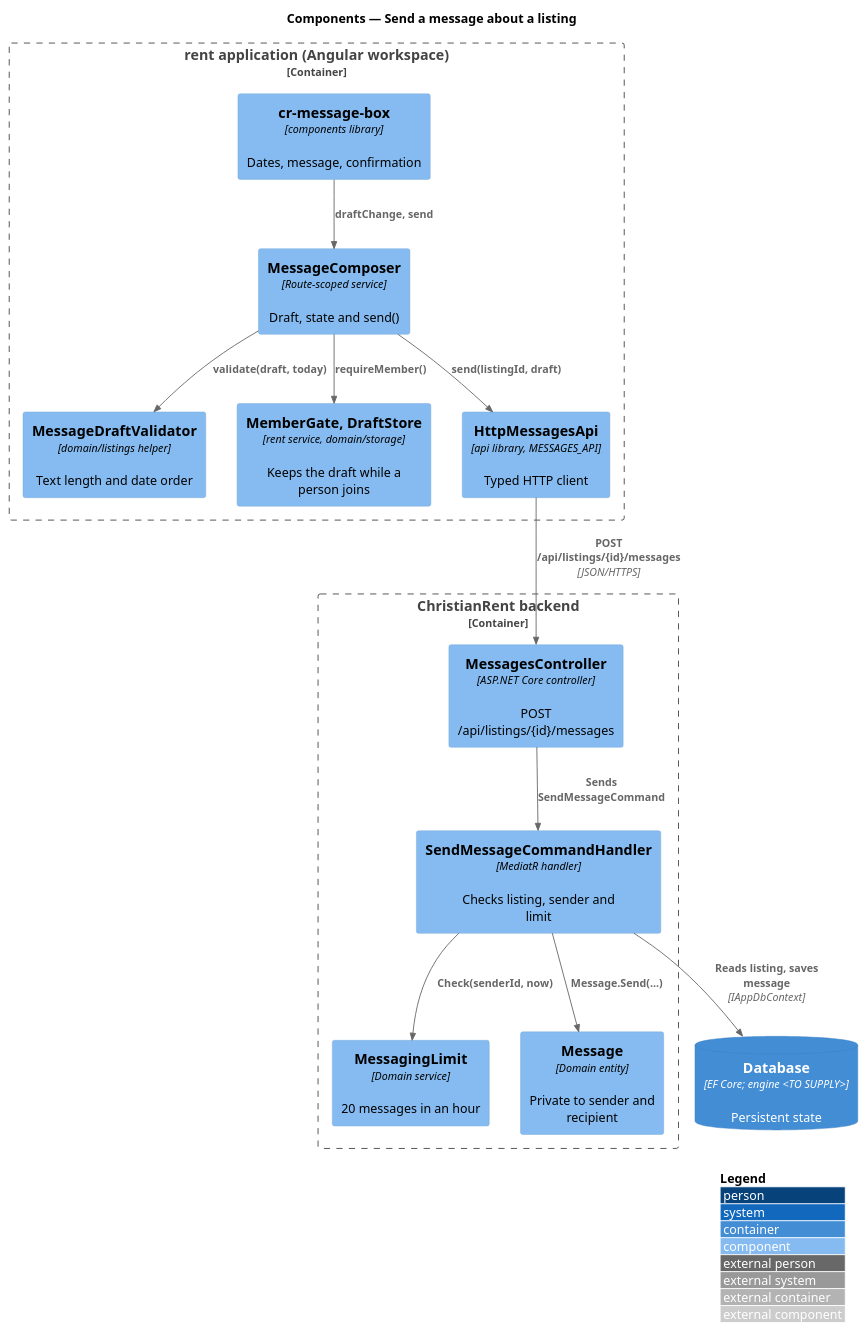
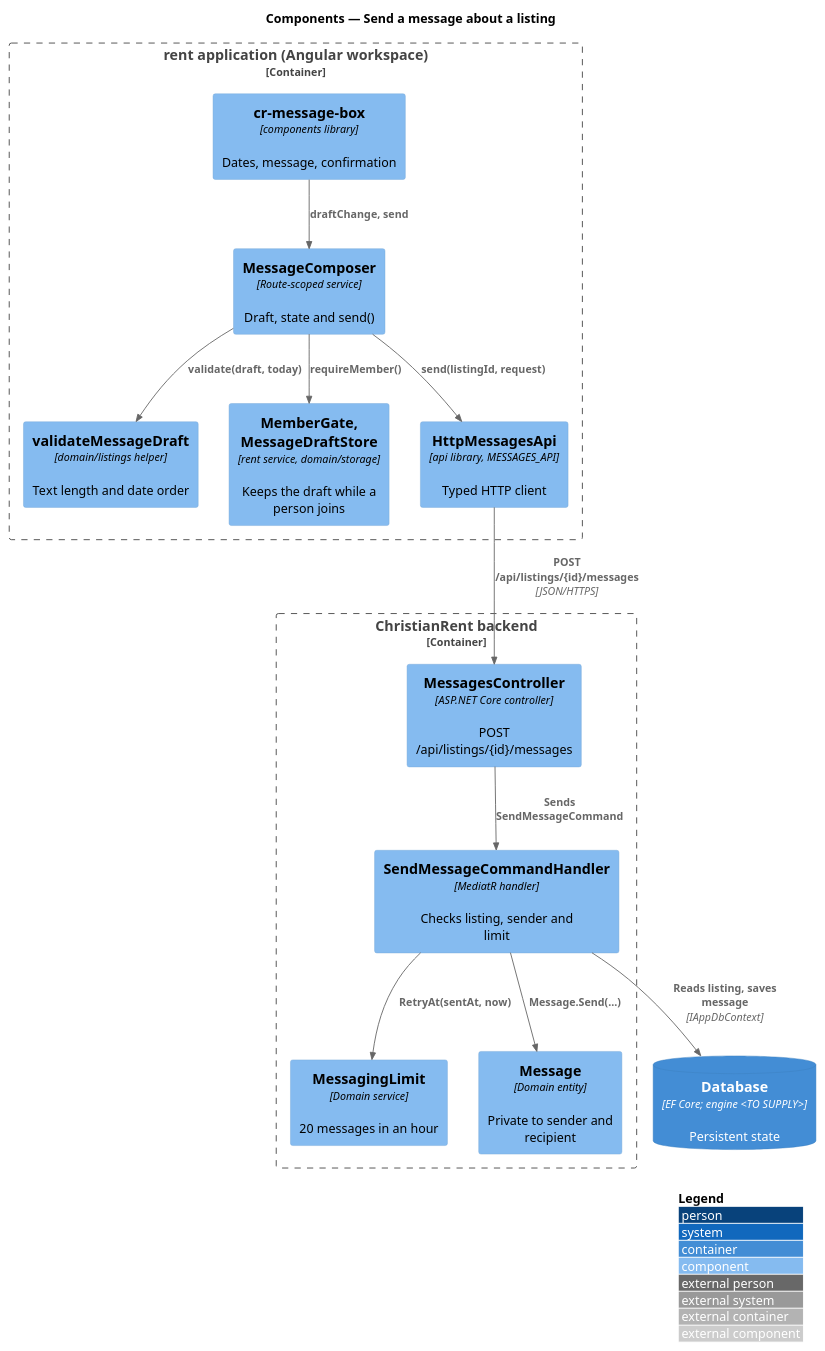
Before and after one commit to QuinntyneBrown/christian-rent: the diagram in docs/detailed-designs/messages/send-message/diagrams/c4-component.puml, drawn with PlantUML. The commit also changed 22 other files, not shown here.

First line of the commit message:
Decide sending a message's open points: ADR 0022, the requirements, the no-price mock and the send-message design

```diff
--- a/docs/detailed-designs/messages/send-message/diagrams/c4-component.puml
+++ b/docs/detailed-designs/messages/send-message/diagrams/c4-component.puml
@@ -1,29 +1,29 @@
 @startuml
 !include <C4/C4_Component>
 LAYOUT_WITH_LEGEND()
 title Components — Send a message about a listing
 
 Container_Boundary(spa, "rent application (Angular workspace)") {
   Component(box, "cr-message-box", "components library", "Dates, message, confirmation")
   Component(composer, "MessageComposer", "Route-scoped service", "Draft, state and send()")
-  Component(val, "MessageDraftValidator", "domain/listings helper", "Text length and date order")
-  Component(gate, "MemberGate, DraftStore", "rent service, domain/storage", "Keeps the draft while a person joins")
+  Component(val, "validateMessageDraft", "domain/listings helper", "Text length and date order")
+  Component(gate, "MemberGate, MessageDraftStore", "rent service, domain/storage", "Keeps the draft while a person joins")
   Component(client, "HttpMessagesApi", "api library, MESSAGES_API", "Typed HTTP client")
 }
 Container_Boundary(api, "ChristianRent backend") {
   Component(ctrl, "MessagesController", "ASP.NET Core controller", "POST /api/listings/{id}/messages")
   Component(handler, "SendMessageCommandHandler", "MediatR handler", "Checks listing, sender and limit")
   Component(limit, "MessagingLimit", "Domain service", "20 messages in an hour")
   Component(entity, "Message", "Domain entity", "Private to sender and recipient")
 }
 ContainerDb(db, "Database", "EF Core; engine <TO SUPPLY>", "Persistent state")
 Rel(box, composer, "draftChange, send")
 Rel(composer, val, "validate(draft, today)")
 Rel(composer, gate, "requireMember()")
-Rel(composer, client, "send(listingId, draft)")
+Rel(composer, client, "send(listingId, request)")
 Rel(client, ctrl, "POST /api/listings/{id}/messages", "JSON/HTTPS")
 Rel(ctrl, handler, "Sends SendMessageCommand")
-Rel(handler, limit, "Check(senderId, now)")
+Rel(handler, limit, "RetryAt(sentAt, now)")
 Rel(handler, entity, "Message.Send(...)")
 Rel(handler, db, "Reads listing, saves message", "IAppDbContext")
 @enduml
```
